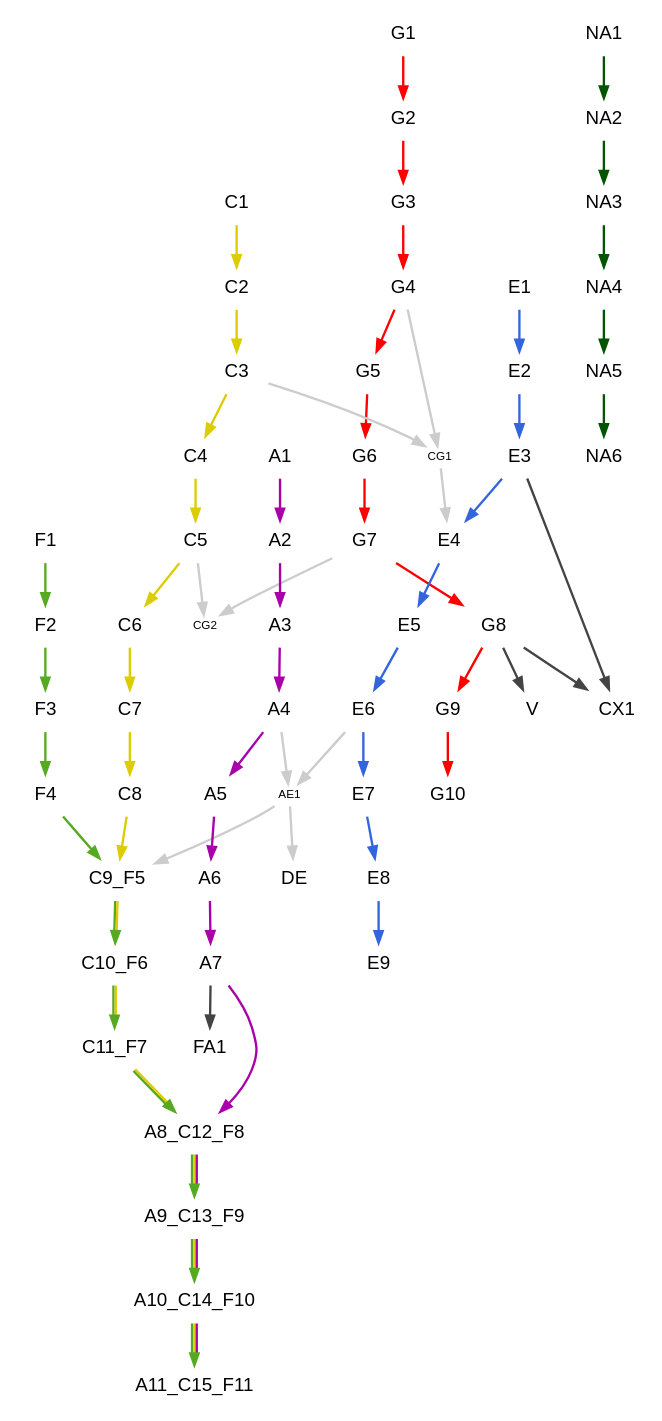
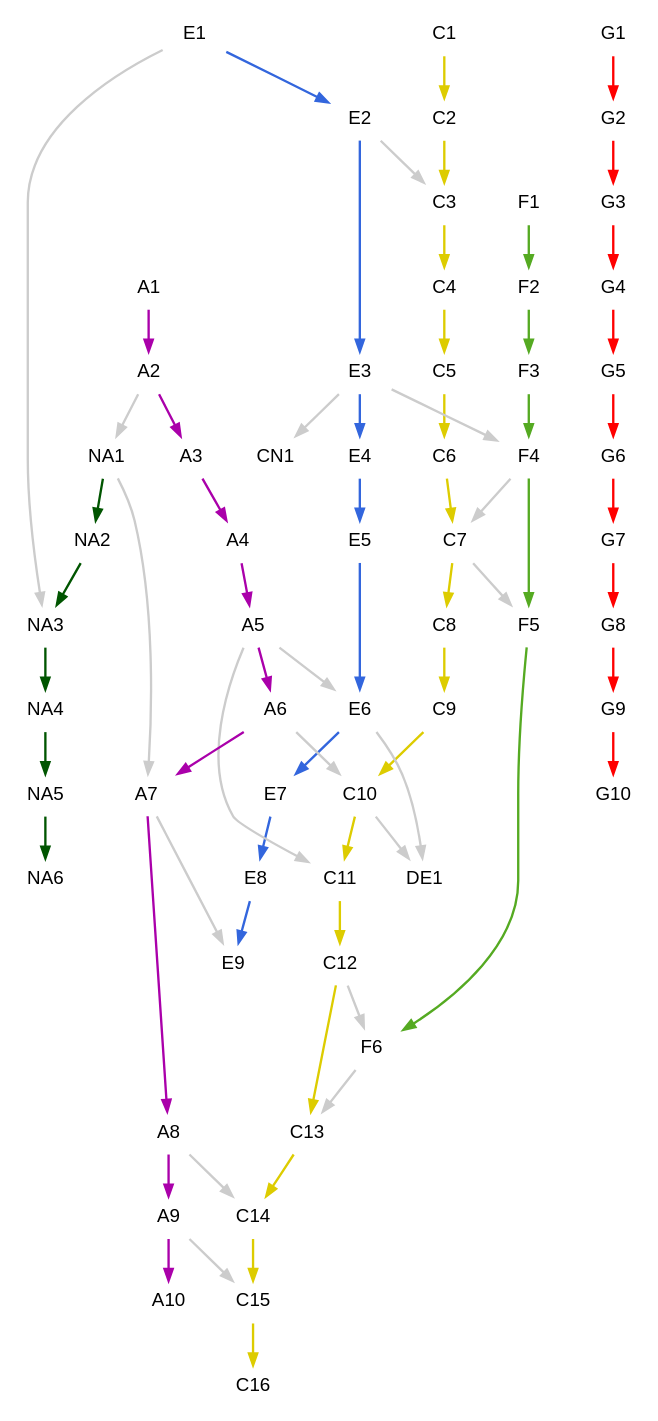
One commit to gmp26/site changed the diagram in data/cmep.gv. Above: the diagram before and after it, drawn with Graphviz. The commit also changed 1 other file, not shown here.

Commit message:
revised .gv and made new pdf graph from Vicky changes

```diff
--- a/data/cmep.gv
+++ b/data/cmep.gv
@@ -1,78 +1,80 @@
 digraph G {
   node [shape=plaintext;style=inviz;fillcolor="#EEF2FF";fontsize=16; fontname=arial;]
   edge [style=bold;color="#005500"]
-  AE1 [shape=plaintext;style=inviz;fontsize=10;width=0.2;height=0.2];
-  CG1 [shape=plaintext;style=inviz;fontsize=10;width=0.2;height=0.2];
-  CG2 [shape=plaintext;style=inviz;fontsize=10;width=0.2;height=0.2];
   NA1 -> NA2;
   NA2 -> NA3;
   NA3 -> NA4;
   NA4 -> NA5;
   NA5 -> NA6;
   edge [style=bold;color="#FF0000"]
   G1 -> G2;
   G2 -> G3;
   G3 -> G4;
   G4 -> G5;
   G5 -> G6;
   G6 -> G7;
   G7 -> G8;
   G8 -> G9;
   G9 -> G10;
   edge [style=bold;color="#DDCC00"]
   C1 -> C2;
   C2 -> C3;
   C3 -> C4;
   C4 -> C5;
   C5 -> C6;
   C6 -> C7;
   C7 -> C8;
-  C8 -> C9_F5;
+  C8 -> C9;
+  C9 -> C10;
+  C10 -> C11;
+  C11 -> C12;
+  C12 -> C13;
+  C13 -> C14;
+  C14 -> C15;
+  C15 -> C16;
   edge [style=bold;color="#3366DD"]
   E1 -> E2;
   E2 -> E3;
   E3 -> E4;
   E4 -> E5;
   E5 -> E6;
   E6 -> E7;
   E7 -> E8;
   E8 -> E9;
   edge [style=bold;color="#CCCCCC"]
-  CG1 -> E4;
+  A2 -> NA1;
+  A5 -> C11;
+  A5 -> E6;
+  A6 -> C10;
+  A7 -> E9;
+  A8 -> C14;
+  A9 -> C15;
+  E1 -> NA3;
+  E2 -> C3;
+  E3 -> F4;
+  E3 -> CN1;
+  E6 -> DE1;
+  C7 -> F5;
+  C10 -> DE1;
+  C12 -> F6;
+  F4 -> C7;
+  F6 -> C13;
+  NA1 -> A7;
   edge [style=bold;color="#AA00AA"]
   A1 -> A2;
   A2 -> A3;
   A3 -> A4;
   A4 -> A5;
   A5 -> A6;
   A6 -> A7;
-  A7 -> A8_C12_F8;
-  edge [style=bold;color="#CCCCCC"]
-  E6 -> AE1;
-  A4 -> AE1;
+  A7 -> A8;
+  A8 -> A9;
+  A9 -> A10;
   edge [style=bold;color="#55AA22"]
   F1 -> F2;
   F2 -> F3;
   F3 -> F4;
-  F4 -> C9_F5;
-  edge [style=bold;color="#55AA22:#DDCC00"]
-  C9_F5 -> C10_F6;
-  C10_F6 -> C11_F7;
-  C11_F7 -> A8_C12_F8;
-  edge [style=bold;color="#55AA22:#DDCC00:#AA00AA"]
-  A8_C12_F8 -> A9_C13_F9;
-  A9_C13_F9 -> A10_C14_F10;
-  A10_C14_F10 -> A11_C15_F11;
-  edge [style=bold;color="#CCCCCC"]
-  G7 -> CG2;
-  C5 -> CG2;
-  C3 -> CG1;
-  G4 -> CG1;
-  AE1 -> C9_F5;
-  AE1 -> DE;
-  edge [style=bold;color="#444444"]
-  G8 -> CX1;
-  E3 -> CX1;
-  G8 -> V;
-  A7 -> FA1;
+  F4 -> F5;
+  F5 -> F6;
+
 }
```
